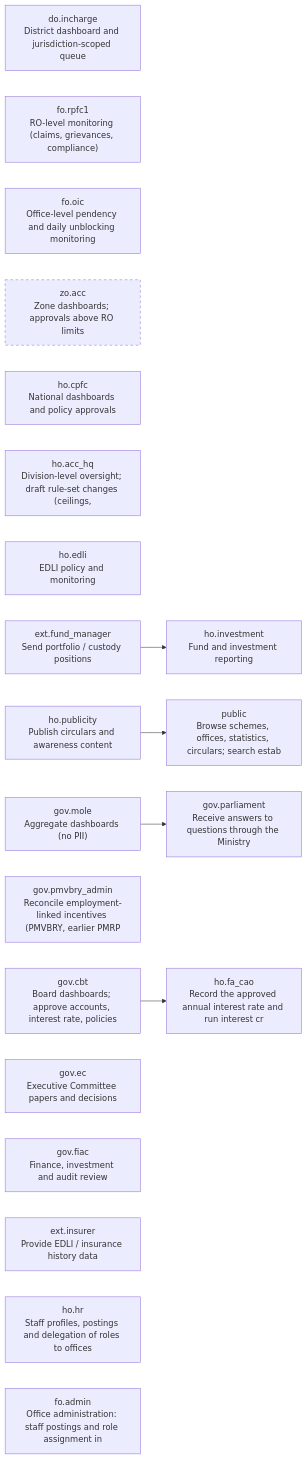
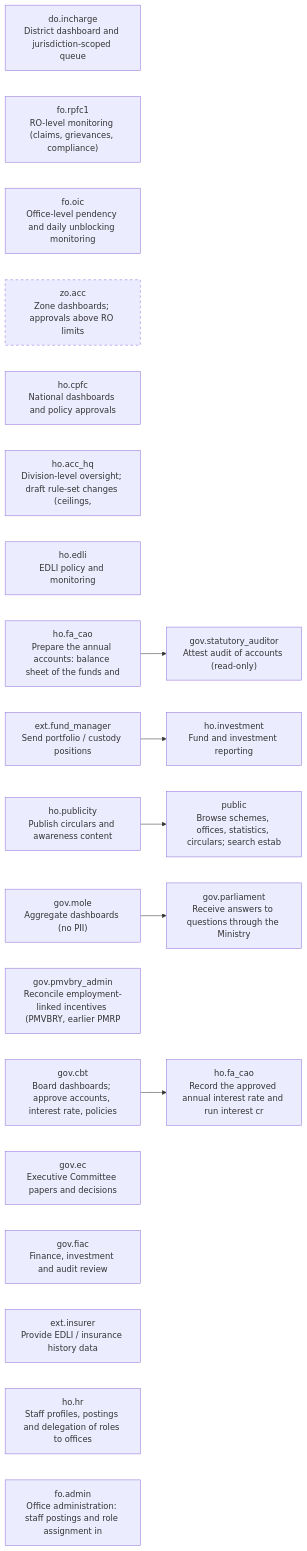
Before and after one commit to gauravmeena0708/pf-life: diagram 13 of 14 in docs/stakeholder-api-sets.md, drawn with Mermaid. The commit also changed other lines of this file and 48 other files, not shown here.

First line of the commit message:
P2.12e: balance sheet of the funds, investments against the pattern, board packs, fund-manager feed

````diff
--- a/docs/stakeholder-api-sets.md
+++ b/docs/stakeholder-api-sets.md
@@ -1905,29 +1907,32 @@
 ```mermaid
 flowchart LR
   F13_public["public<br/>Browse schemes, offices, statistics, circulars; search estab"]
   F13_do["do.incharge<br/>District dashboard and jurisdiction-scoped queue"]
   F13_ro["fo.rpfc1<br/>RO-level monitoring (claims, grievances, compliance)"]
   F13_oic["fo.oic<br/>Office-level pendency and daily unblocking monitoring"]
   F13_zo["zo.acc<br/>Zone dashboards; approvals above RO limits"]
   style F13_zo stroke-dasharray: 5 5
   F13_cpfc["ho.cpfc<br/>National dashboards and policy approvals"]
   F13_acc_hq["ho.acc_hq<br/>Division-level oversight; draft rule-set changes (ceilings, "]
   F13_divisions["ho.edli<br/>EDLI policy and monitoring"]
   F13_investment["ho.investment<br/>Fund and investment reporting"]
+  F13_accounts["ho.fa_cao<br/>Prepare the annual accounts: balance sheet of the funds and "]
   F13_fund_feed["ext.fund_manager<br/>Send portfolio / custody positions"]
   F13_publicity["ho.publicity<br/>Publish circulars and awareness content"]
   F13_mole["gov.mole<br/>Aggregate dashboards (no PII)"]
   F13_pmvbry["gov.pmvbry_admin<br/>Reconcile employment-linked incentives (PMVBRY, earlier PMRP"]
   F13_parliament["gov.parliament<br/>Receive answers to questions through the Ministry"]
   F13_cbt["gov.cbt<br/>Board dashboards; approve accounts, interest rate, policies"]
   F13_ec["gov.ec<br/>Executive Committee papers and decisions"]
   F13_fiac["gov.fiac<br/>Finance, investment and audit review"]
   F13_insurer["ext.insurer<br/>Provide EDLI / insurance history data"]
   F13_hr["ho.hr<br/>Staff profiles, postings and delegation of roles to offices"]
   F13_admin["fo.admin<br/>Office administration: staff postings and role assignment in"]
+  F12_statutory["gov.statutory_auditor<br/>Attest audit of accounts (read-only)"]
+  F13_accounts --> F12_statutory
   F13_fund_feed --> F13_investment
   F13_publicity --> F13_public
   F13_mole --> F13_parliament
   F03_interest["ho.fa_cao<br/>Record the approved annual interest rate and run interest cr"]
   F13_cbt --> F03_interest
 ```
````
